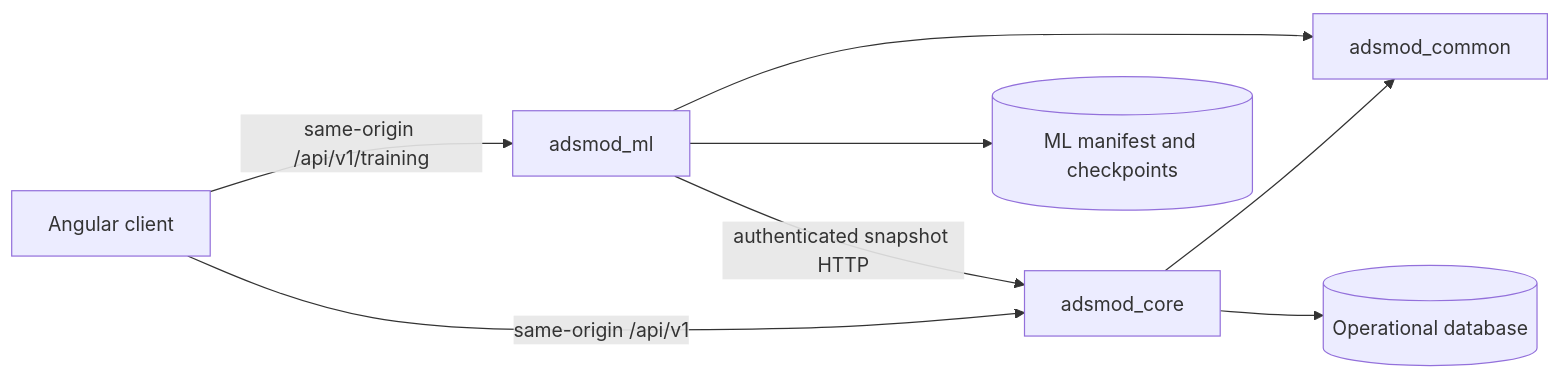
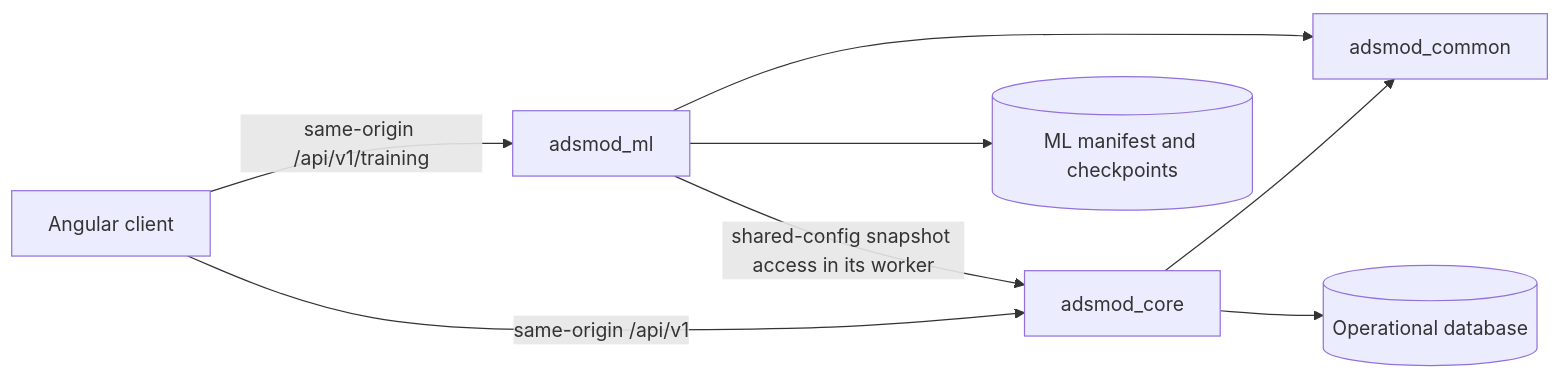
The diagram in assets/docs/architecture/service_boundaries.md (CTCycle/ADSMOD-Adsorption-Modeling), drawn with Mermaid before and after one commit. The commit also changed other lines of this file and 193 other files, not shown here.

````diff
--- a/assets/docs/architecture/service_boundaries.md
+++ b/assets/docs/architecture/service_boundaries.md
@@ -5,10 +5,10 @@
 ```mermaid
 flowchart LR
     UI[Angular client] -->|same-origin /api/v1| Core[adsmod_core]
     UI -->|same-origin /api/v1/training| ML[adsmod_ml]
     Core --> Common[adsmod_common]
     ML --> Common
     Core --> DB[(Operational database)]
-    ML -->|authenticated snapshot HTTP| Core
+    ML -->|shared-config snapshot access in its worker| Core
     ML --> Artifacts[(ML manifest and checkpoints)]
 ```
````
